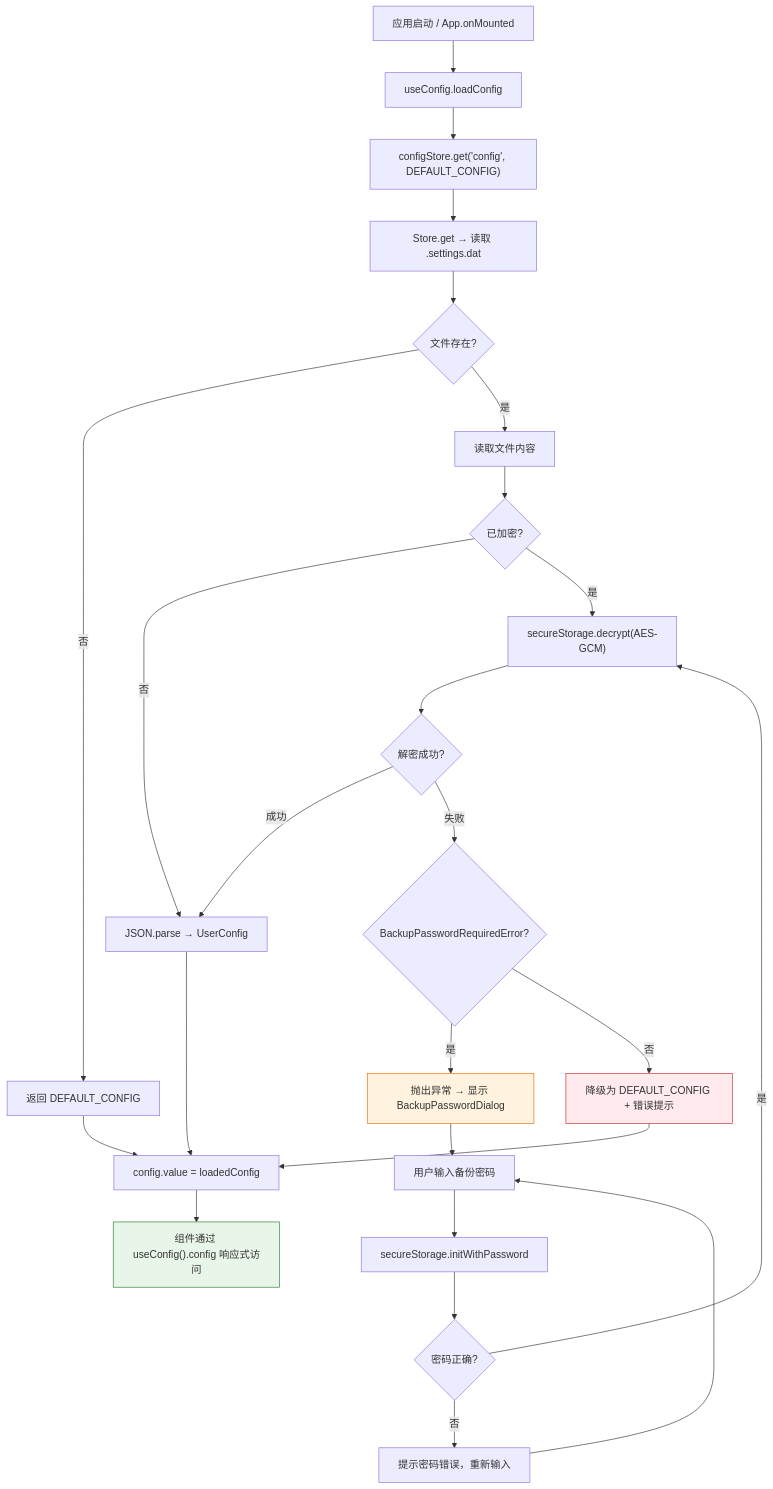
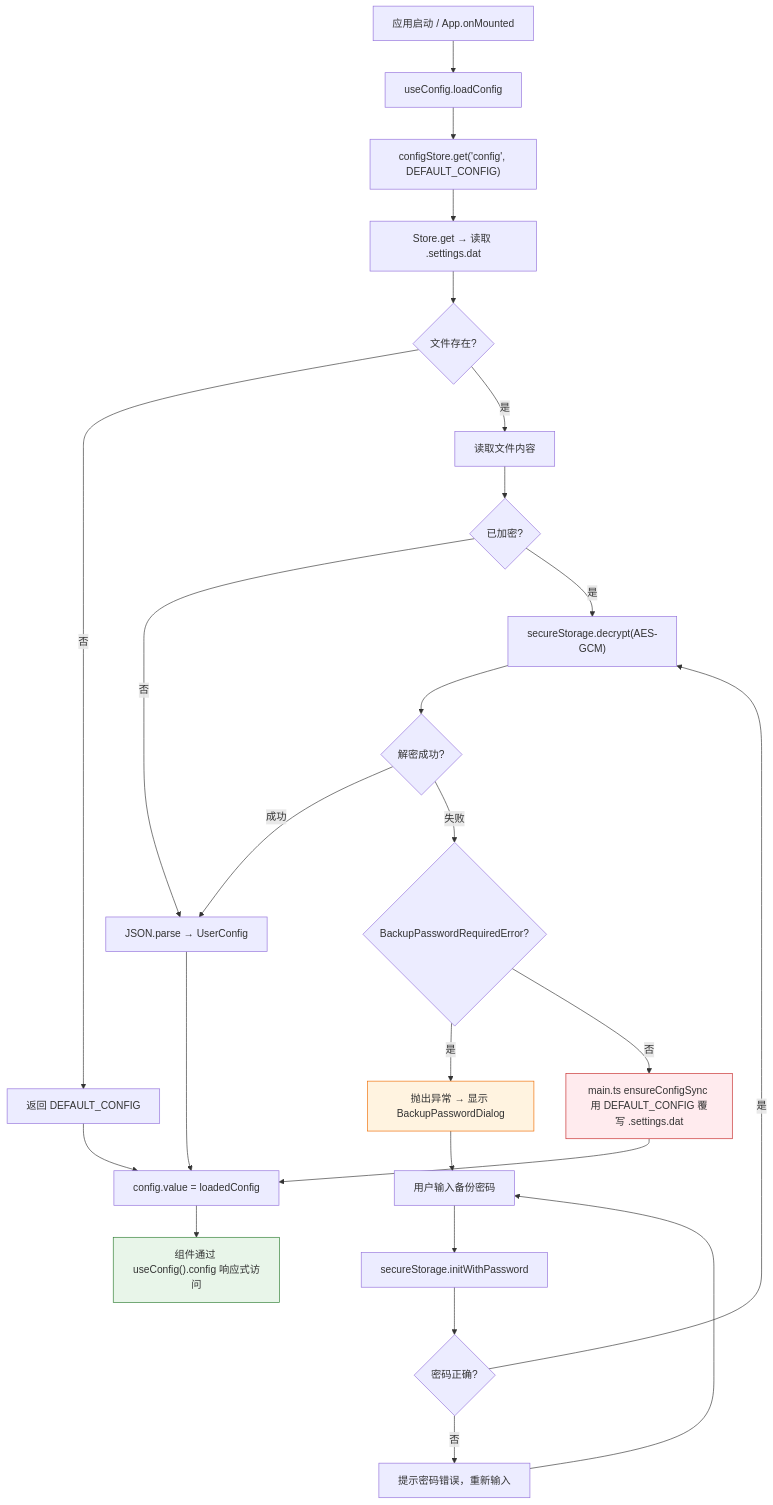
One commit to joeyliu6/PicNexus changed the first of 4 diagrams in docs/flows/data-persistence.md. Above: the diagram before and after it, drawn with Mermaid. The commit also changed other lines of this file and 1 other file, not shown here.

````diff
--- a/docs/flows/data-persistence.md
+++ b/docs/flows/data-persistence.md
@@ -15,36 +15,36 @@
 ```mermaid
 flowchart TD
     A[应用启动 / App.onMounted] --> B[useConfig.loadConfig]
     B --> C[configStore.get&lpar;'config', DEFAULT_CONFIG&rpar;]
     C --> D[Store.get → 读取 .settings.dat]
 
     D --> E{文件存在?}
     E -- 否 --> E1[返回 DEFAULT_CONFIG]
     E -- 是 --> F[读取文件内容]
 
     F --> G{已加密?}
     G -- 否 --> H[JSON.parse → UserConfig]
     G -- 是 --> I[secureStorage.decrypt&lpar;AES-GCM&rpar;]
 
     I --> J{解密成功?}
     J -- 成功 --> H
     J -- 失败 --> K{BackupPasswordRequiredError?}
     K -- 是 --> L[抛出异常 → 显示 BackupPasswordDialog]
-    K -- 否 --> M[降级为 DEFAULT_CONFIG + 错误提示]
+    K -- 否 --> M[main.ts ensureConfigSync 用 DEFAULT_CONFIG 覆写 .settings.dat]
 
     L --> N[用户输入备份密码]
     N --> O[secureStorage.initWithPassword]
     O --> P{密码正确?}
     P -- 是 --> I
     P -- 否 --> Q[提示密码错误，重新输入]
     Q --> N
 
     H --> R[config.value = loadedConfig]
     E1 --> R
     M --> R
     R --> S[组件通过 useConfig&lpar;&rpar;.config 响应式访问]
 
     style L fill:#fff3e0,stroke:#ef6c00
     style M fill:#ffebee,stroke:#c62828
     style S fill:#e8f5e9,stroke:#2e7d32
 ```
````
